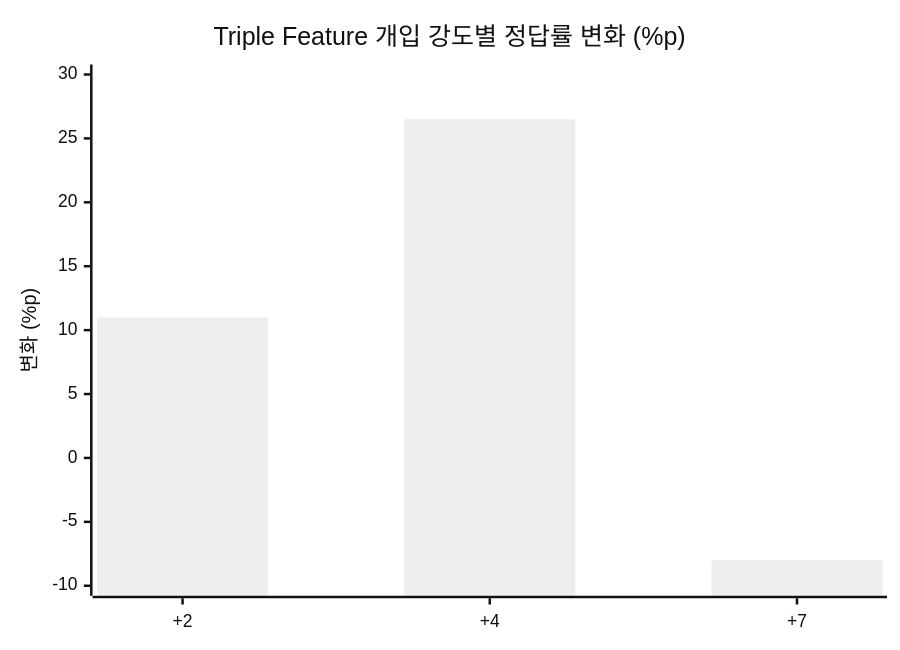
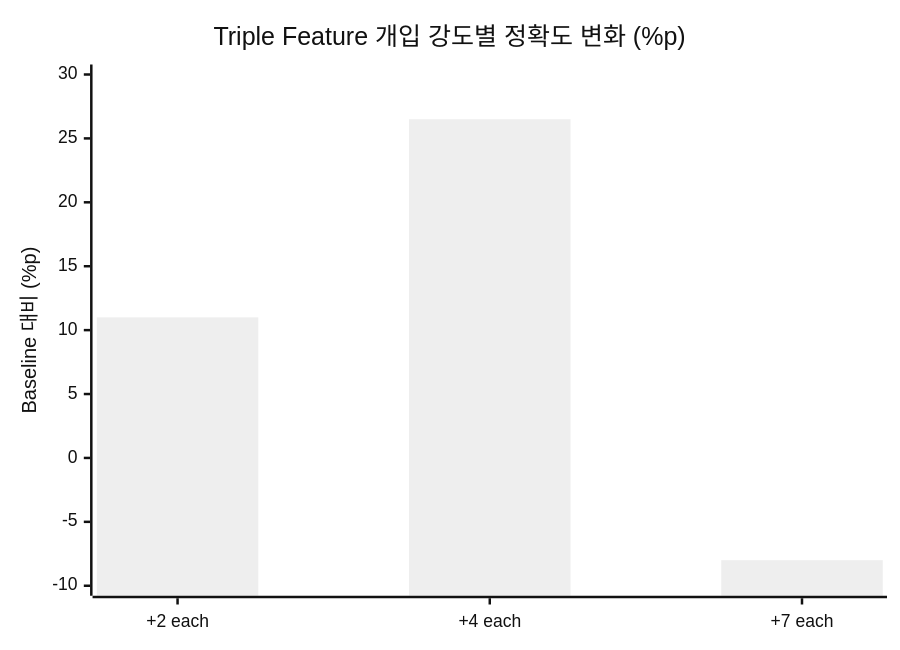
The fourth of 5 diagrams in research/journal/2026-10-01_2026-10-10.md (davidkss/mindscopex_analysis), drawn with Mermaid (neutral theme) before and after one commit. The commit also changed other lines of this file, not shown here.

````diff
--- a/research/journal/2026-10-01_2026-10-10.md
+++ b/research/journal/2026-10-01_2026-10-10.md
@@ -91,7 +93,7 @@
 ```mermaid
 xychart-beta
-    title "Triple Feature 개입 강도별 정답률 변화 (%p)"
-    x-axis ["+2", "+4", "+7"]
-    y-axis "변화 (%p)" -10 --> 30
+    title "Triple Feature 개입 강도별 정확도 변화 (%p)"
+    x-axis ["+2 each", "+4 each", "+7 each"]
+    y-axis "Baseline 대비 (%p)" -10 --> 30
     bar [11, 26.5, -8]
 ```
````
